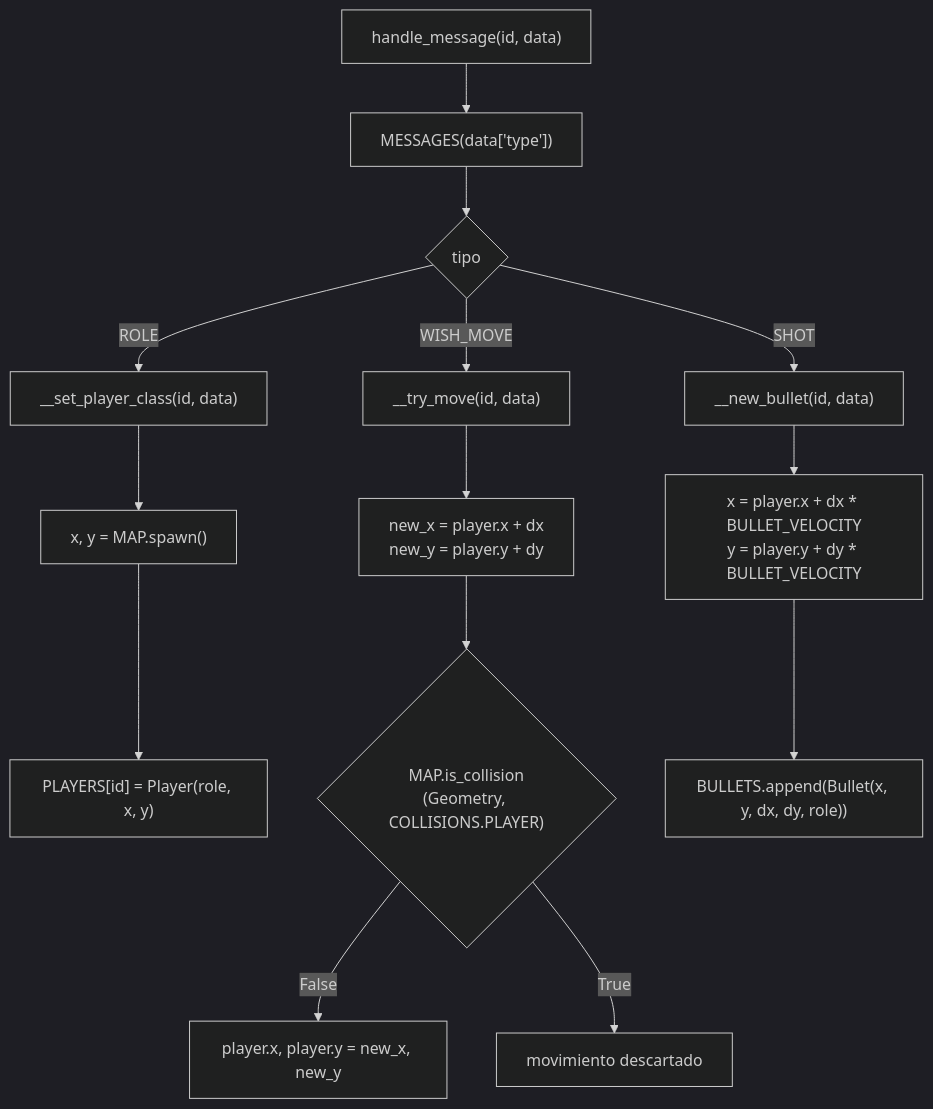
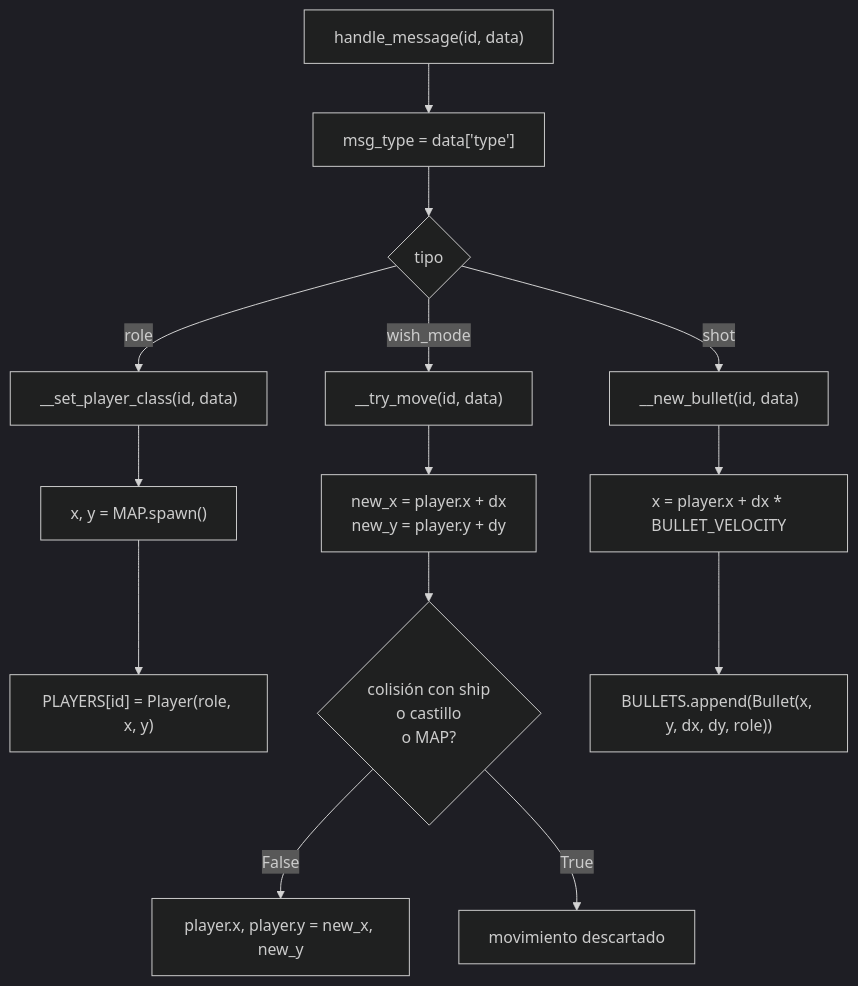
One commit to Aouei/pygame_multi changed the sixth of 7 diagrams in docs/diagramas/server-client.md. Above: the diagram before and after it, drawn with Mermaid (dark theme). The commit also changed other lines of this file and 3 other files, not shown here.

````diff
--- a/docs/diagramas/server-client.md
+++ b/docs/diagramas/server-client.md
@@ -136,19 +170,19 @@
 ```mermaid
 flowchart TD
-    A["handle_message(id, data)"] --> B["MESSAGES(data['type'])"]
+    A["handle_message(id, data)"] --> B["msg_type = data['type']"]
     B --> C{tipo}
 
-    C -->|ROLE| D["__set_player_class(id, data)"]
+    C -->|role| D["__set_player_class(id, data)"]
     D --> D1["x, y = MAP.spawn()"]
     D1 --> D2["PLAYERS[id] = Player(role, x, y)"]
 
-    C -->|WISH_MOVE| E["__try_move(id, data)"]
+    C -->|wish_mode| E["__try_move(id, data)"]
     E --> E1["new_x = player.x + dx\nnew_y = player.y + dy"]
-    E1 --> E2{"MAP.is_collision\n(Geometry, COLLISIONS.PLAYER)"}
+    E1 --> E2{"colisión con ship\no castillo\no MAP?"}
     E2 -->|False| E3["player.x, player.y = new_x, new_y"]
     E2 -->|True| E4["movimiento descartado"]
 
-    C -->|SHOT| F["__new_bullet(id, data)"]
-    F --> F1["x = player.x + dx * BULLET_VELOCITY\ny = player.y + dy * BULLET_VELOCITY"]
+    C -->|shot| F["__new_bullet(id, data)"]
+    F --> F1["x = player.x + dx * BULLET_VELOCITY"]
     F1 --> F2["BULLETS.append(Bullet(x, y, dx, dy, role))"]
 ```
````
